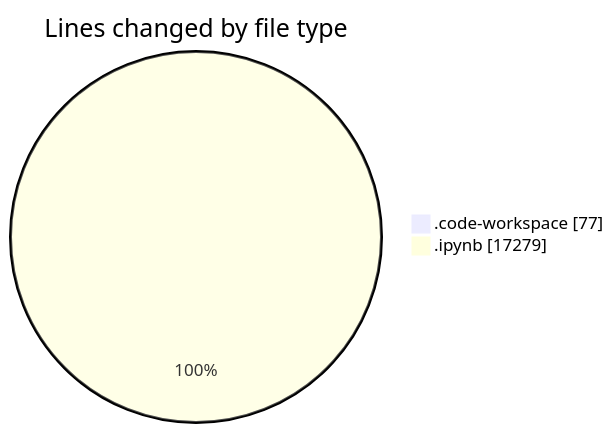
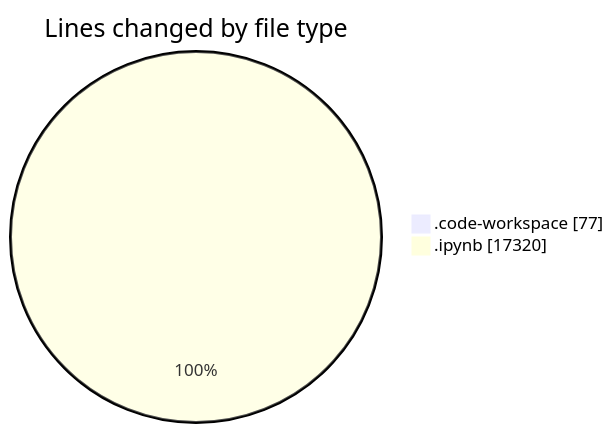
One commit to MatusMokan/code-tracking changed the first of 2 diagrams in 2025-03-14/myws__workspace_/README.md. Above: the diagram before and after it, drawn with Mermaid. The commit also changed other lines of this file and 1 other file, not shown here.

````diff
--- a/2025-03-14/myws__workspace_/README.md
+++ b/2025-03-14/myws__workspace_/README.md
@@ -21,6 +21,6 @@
 ```mermaid
 pie showData
 title Lines changed by file type
 ".code-workspace" : 77
-".ipynb" : 17279
+".ipynb" : 17320
 ```
````
